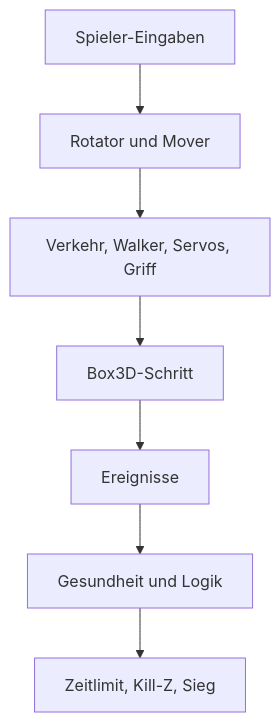
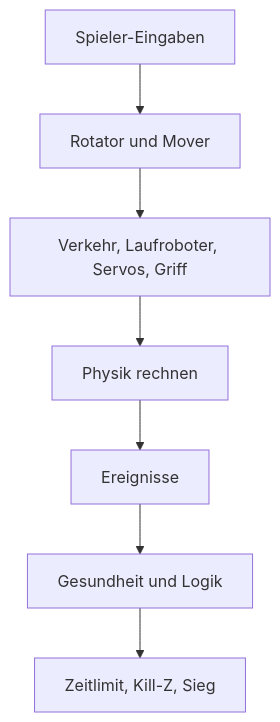
Before and after one commit to ChristianHohlfeld/kernengine.de: the third of 4 diagrams in kern/docs/buch-gelb/08-spiel-laufzeit.md, drawn with Mermaid. The commit also changed other lines of this file and 2 other files, not shown here.

````diff
--- a/kern/docs/buch-gelb/08-spiel-laufzeit.md
+++ b/kern/docs/buch-gelb/08-spiel-laufzeit.md
@@ -270,9 +307,9 @@
 ```mermaid
 flowchart TD
   A[Spieler-Eingaben] --> B[Rotator und Mover]
-  B --> C[Verkehr, Walker, Servos, Griff]
-  C --> D[Box3D-Schritt]
+  B --> C[Verkehr, Laufroboter, Servos, Griff]
+  C --> D[Physik rechnen]
   D --> E[Ereignisse]
   E --> F[Gesundheit und Logik]
   F --> G[Zeitlimit, Kill-Z, Sieg]
 ```
````
